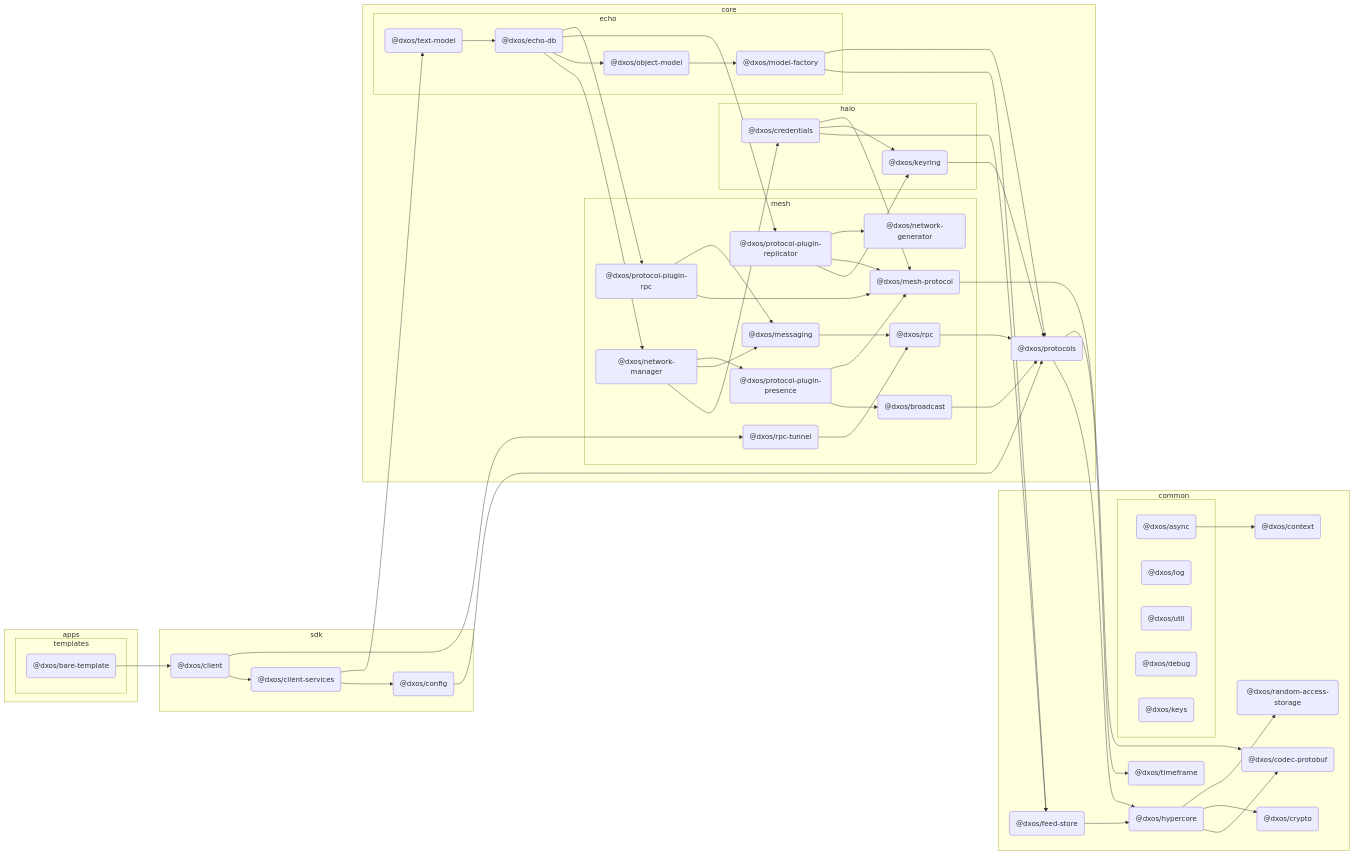
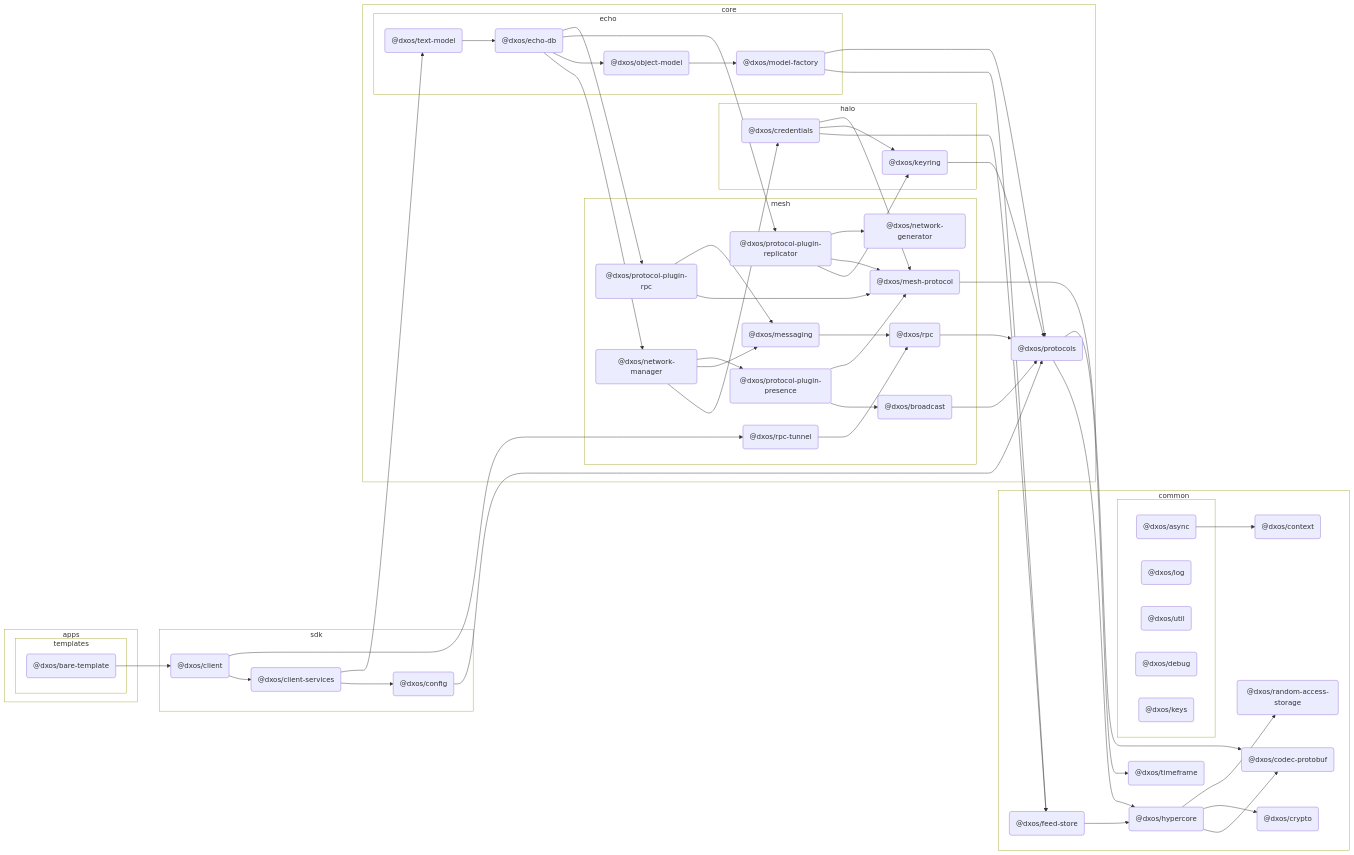
Before and after one commit to dxos/dxos: the diagram in packages/apps/templates/bare-template/docs/README.md, drawn with Mermaid. The commit also changed 80 other files, not shown here.

```diff
--- a/packages/apps/templates/bare-template/docs/README.md
+++ b/packages/apps/templates/bare-template/docs/README.md
@@ -9,17 +9,24 @@
 
 flowchart LR
 
+%% Classes
+
+
+
 %% Nodes
 
 subgraph apps [apps]
+  style apps fill:transparent
 
   subgraph templates [templates]
+    style templates fill:transparent
     dxos/bare-template("@dxos/bare-template"):::root
     click dxos/bare-template "dxos/dxos/tree/main/packages/apps/templates/bare-template/docs"
   end
 end
 
 subgraph sdk [sdk]
+  style sdk fill:transparent
   dxos/client("@dxos/client"):::def
   click dxos/client "dxos/dxos/tree/main/packages/sdk/client/docs"
   dxos/client-services("@dxos/client-services"):::def
@@ -29,6 +36,7 @@
 end
 
 subgraph common [common]
+  style common fill:transparent
   dxos/context("@dxos/context"):::def
   click dxos/context "dxos/dxos/tree/main/packages/common/context/docs"
   dxos/codec-protobuf("@dxos/codec-protobuf"):::def
@@ -45,6 +53,7 @@
   click dxos/feed-store "dxos/dxos/tree/main/packages/common/feed-store/docs"
 
   subgraph _ [ ]
+    style _ fill:transparent
     dxos/async("@dxos/async"):::def
     click dxos/async "dxos/dxos/tree/main/packages/common/async/docs"
     dxos/log("@dxos/log"):::def
@@ -59,10 +68,12 @@
 end
 
 subgraph core [core]
+  style core fill:transparent
   dxos/protocols("@dxos/protocols"):::def
   click dxos/protocols "dxos/dxos/tree/main/packages/core/protocols/docs"
 
   subgraph halo [halo]
+    style halo fill:transparent
     dxos/credentials("@dxos/credentials"):::def
     click dxos/credentials "dxos/dxos/tree/main/packages/core/halo/credentials/docs"
     dxos/keyring("@dxos/keyring"):::def
@@ -70,6 +81,7 @@
   end
 
   subgraph mesh [mesh]
+    style mesh fill:transparent
     dxos/mesh-protocol("@dxos/mesh-protocol"):::def
     click dxos/mesh-protocol "dxos/dxos/tree/main/packages/core/mesh/mesh-protocol/docs"
     dxos/messaging("@dxos/messaging"):::def
@@ -93,6 +105,7 @@
   end
 
   subgraph echo [echo]
+    style echo fill:transparent
     dxos/echo-db("@dxos/echo-db"):::def
     click dxos/echo-db "dxos/dxos/tree/main/packages/core/echo/echo-db/docs"
     dxos/model-factory("@dxos/model-factory"):::def
@@ -105,7 +118,6 @@
 end
 
 %% Links
-linkStyle default stroke:#333,stroke-width:1px
 dxos/bare-template --> dxos/client
 dxos/async --> dxos/context
 dxos/client --> dxos/client-services
```
